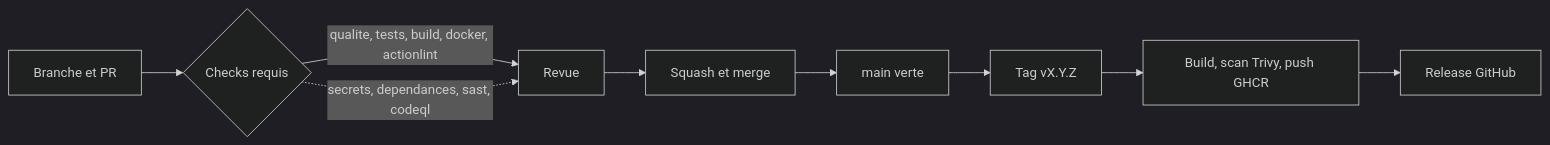
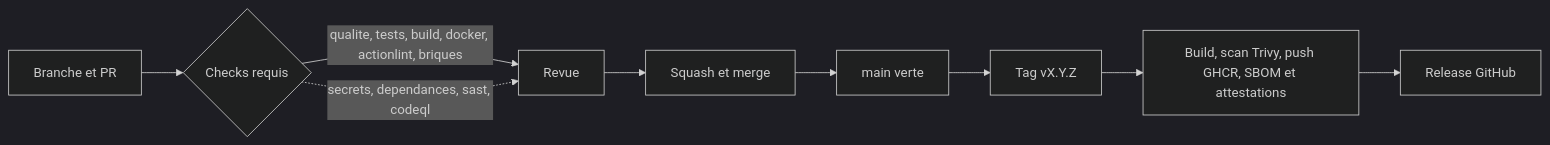
One commit to Jeeiib/socle-web changed the diagram in README.md. Above: the diagram before and after it, drawn with Mermaid (dark theme). The commit also changed other lines of this file and 85 other files, not shown here.

````diff
--- a/README.md
+++ b/README.md
@@ -98,11 +126,11 @@
 ```mermaid
 flowchart LR
     A[Branche et PR] --> B{Checks requis}
-    B -->|qualite, tests, build, docker, actionlint| C[Revue]
+    B -->|qualite, tests, build, docker, actionlint, briques| C[Revue]
     B -.->|secrets, dependances, sast, codeql| C
     C --> D[Squash et merge]
     D --> E[main verte]
     E --> F[Tag vX.Y.Z]
-    F --> G[Build, scan Trivy, push GHCR]
+    F --> G[Build, scan Trivy, push GHCR, SBOM et attestations]
     G --> H[Release GitHub]
 ```
````
